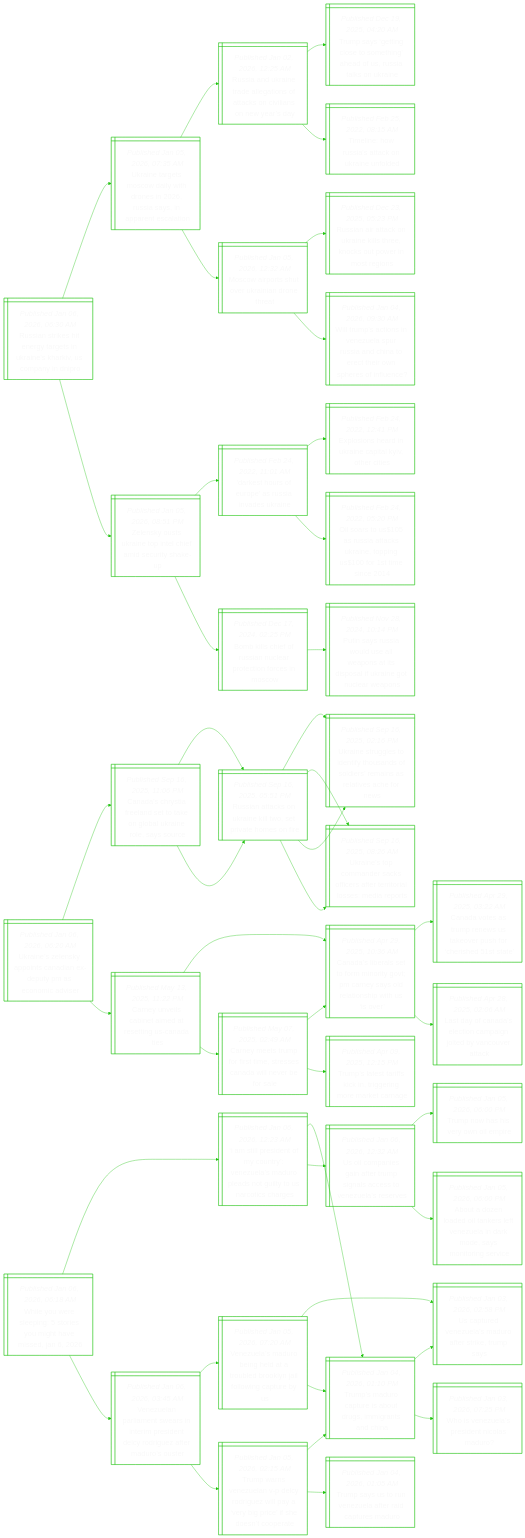
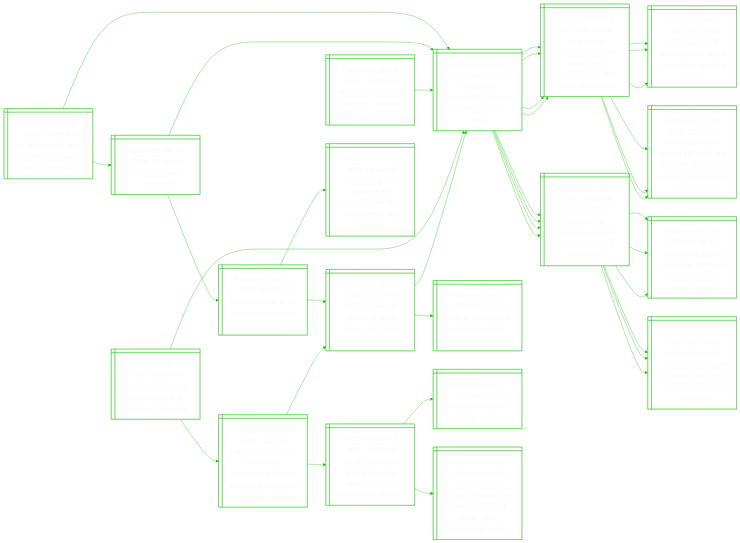
The diagram in README.md (notJmes/notJmes), drawn with Mermaid before and after one commit. The commit also changed other lines of this file, not shown here.

````diff
--- a/README.md
+++ b/README.md
@@ -16,97 +16,8 @@
 flowchart LR
 classDef txtsize font-size:20px;
 
-RaiirriaKioyi@{ shape: win-pane, label: "_Published Jan 06, 2026, 06:30 AM_
-Russian strikes hit energy targets in ukraine’s kharkiv, us company in dnipro" }
-Ungodwrisypnao@{ shape: win-pane, label: "_Published Jan 05, 2026, 07:35 AM_
-Ukraine targets moscow daily with drones in 2026, russia says, in apparent escalation" }
-Rakeegntsvner@{ shape: win-pane, label: "_Published Jan 02, 2026, 12:25 AM_
-Russia and ukraine trade allegations of attacks on civilians on new year’s day" }
-TsegemnaSikke@{ shape: win-pane, label: "_Published Dec 19, 2025, 04:20 AM_
-Trump says ‘getting close to something’ ahead of us, russia talks on ukraine" }
-Tiwitnifd@{ shape: win-pane, label: "_Published Feb 25, 2022, 08:15 AM_
-Timeline: how russia's attack on ukraine unfolded" }
-Mwoheanea@{ shape: win-pane, label: "_Published Jan 05, 2026, 12:32 AM_
-Moscow airports shut over ukrainian drone threat" }
-Raakrktksonrn@{ shape: win-pane, label: "_Published Dec 23, 2025, 05:23 PM_
-Russian air attack on ukraine kills three, knocks out power in most regions" }
-Wraneeusdaeenrie@{ shape: win-pane, label: "_Published Jan 04, 2026, 09:30 AM_
-Will trump’s actions in venezuela spur russia and china to erect their own spheres of influence?" }
-Zssrttiiusu@{ shape: win-pane, label: "_Published Jan 05, 2026, 08:51 PM_
-Zelensky ousts ukraine top intel chief amid security shake-up" }
-DsruasvUn@{ shape: win-pane, label: "_Published Feb 24, 2022, 11:01 AM_
-'darkest hours of europe' as russia invades ukraine" }
-Eshiaalocs@{ shape: win-pane, label: "_Published Feb 24, 2022, 12:41 PM_
-Explosions heard in ukraine capital kyiv, other cities" }
-OaUuakaogrmc@{ shape: win-pane, label: "_Published Feb 24, 2022, 05:20 PM_
-Oil soars to us$105 as russia attacks ukraine, topping us$100 for 1st time since 2014" }
-Bihficpcfss@{ shape: win-pane, label: "_Published Dec 17, 2024, 02:25 PM_
-Bomb kills chief of russian nuclear protection forces in moscow" }
-Psuwuloislrgcwn@{ shape: win-pane, label: "_Published Nov 28, 2024, 10:14 PM_
-Putin says russia would use all weapons at its disposal if ukraine got nuclear weapons" }
-
-RaiirriaKioyi:::txtsize --> Ungodwrisypnao:::txtsize
-Ungodwrisypnao:::txtsize --> Rakeegntsvner:::txtsize
-Rakeegntsvner:::txtsize --> TsegemnaSikke:::txtsize
-Rakeegntsvner:::txtsize --> Tiwitnifd:::txtsize
-Ungodwrisypnao:::txtsize --> Mwoheanea:::txtsize
-Mwoheanea:::txtsize --> Raakrktksonrn:::txtsize
-Mwoheanea:::txtsize --> Wraneeusdaeenrie:::txtsize
-RaiirriaKioyi:::txtsize --> Zssrttiiusu:::txtsize
-Zssrttiiusu:::txtsize --> DsruasvUn:::txtsize
-DsruasvUn:::txtsize --> Eshiaalocs:::txtsize
-DsruasvUn:::txtsize --> OaUuakaogrmc:::txtsize
-Zssrttiiusu:::txtsize --> Bihficpcfss:::txtsize
-Bihficpcfss:::txtsize --> Psuwuloislrgcwn:::txtsize
-
-UnlyiaaePcii@{ shape: win-pane, label: "_Published Jan 06, 2026, 06:20 AM_
-Ukraine’s zelensky appoints canadian ex-deputy pm as economic adviser" }
-CayFatklUnese@{ shape: win-pane, label: "_Published Sep 16, 2025, 11:06 PM_
-Canada’s chrystia freeland set to take on global ukraine role, says source" }
-Raanilsihoe@{ shape: win-pane, label: "_Published Sep 16, 2025, 05:51 PM_
-Russian attacks on ukraine kill two, set private homes on fire" }
-Unuseysodrnevhn@{ shape: win-pane, label: "_Published Sep 16, 2025, 02:16 PM_
-Ukraine struggles to identify thousands of soldiers’ remains as relatives ache for news" }
-UnpasoetrroMrt@{ shape: win-pane, label: "_Published Sep 16, 2025, 08:26 AM_
-Ukraine’s top commander sacks officers after territorial losses: media reports" }
-Raanilsihoe@{ shape: win-pane, label: "_Published Sep 16, 2025, 05:51 PM_
-Russian attacks on ukraine kill two, set private homes on fire" }
-Unuseysodrnevhn@{ shape: win-pane, label: "_Published Sep 16, 2025, 02:16 PM_
-Ukraine struggles to identify thousands of soldiers’ remains as relatives ache for news" }
-UnpasoetrroMrt@{ shape: win-pane, label: "_Published Sep 16, 2025, 08:26 AM_
-Ukraine’s top commander sacks officers after territorial losses: media reports" }
-Cyibaaegni@{ shape: win-pane, label: "_Published May 13, 2025, 11:22 PM_
-Carney unveils cabinet aimed at resetting us-canada ties" }
-Caesfittradthts@{ shape: win-pane, label: "_Published Apr 29, 2025, 10:36 AM_
-Canada’s liberals set to form minority govt; pm carney says old relationship with us ‘is over’" }
-CasunSourist@{ shape: win-pane, label: "_Published Apr 29, 2025, 03:22 AM_
-Canada votes as trump renews us takeover push for ‘cherished 51st state’" }
-LaastagtVut@{ shape: win-pane, label: "_Published Apr 28, 2025, 02:06 AM_
-Last day of canada’s election campaign jolted by vancouver attack" }
-Cyspiirsdlrr@{ shape: win-pane, label: "_Published May 07, 2025, 02:49 AM_
-Carney meets trump for first time, stresses canada will never be for sale" }
-Caesfittradthts@{ shape: win-pane, label: "_Published Apr 29, 2025, 10:36 AM_
-Canada’s liberals set to form minority govt; pm carney says old relationship with us ‘is over’" }
-Tssiitemacg@{ shape: win-pane, label: "_Published Apr 09, 2025, 12:15 PM_
-Trump’s latest tariffs kick in, triggering more market carnage" }
-
-UnlyiaaePcii:::txtsize --> CayFatklUnese:::txtsize
-CayFatklUnese:::txtsize --> Raanilsihoe:::txtsize
-Raanilsihoe:::txtsize --> Unuseysodrnevhn:::txtsize
-Raanilsihoe:::txtsize --> UnpasoetrroMrt:::txtsize
-CayFatklUnese:::txtsize --> Raanilsihoe:::txtsize
-Raanilsihoe:::txtsize --> Unuseysodrnevhn:::txtsize
-Raanilsihoe:::txtsize --> UnpasoetrroMrt:::txtsize
-UnlyiaaePcii:::txtsize --> Cyibaaegni:::txtsize
-Cyibaaegni:::txtsize --> Caesfittradthts:::txtsize
-Caesfittradthts:::txtsize --> CasunSourist:::txtsize
-Caesfittradthts:::txtsize --> LaastagtVut:::txtsize
-Cyibaaegni:::txtsize --> Cyspiirsdlrr:::txtsize
-Cyspiirsdlrr:::txtsize --> Caesfittradthts:::txtsize
-Cyspiirsdlrr:::txtsize --> Tssiitemacg:::txtsize
-
-WYresemhiJ@{ shape: win-pane, label: "_Published Jan 06, 2026, 06:18 AM_
-While you were sleeping: 5 stories you might have missed, jan 6, 2026" }
+Mojbsodnhp@{ shape: win-pane, label: "_Published Jan 06, 2026, 11:25 AM_
+Maduro case judge brings history of dealing with trump" }
 Iienytnldlniorcr@{ shape: win-pane, label: "_Published Jan 06, 2026, 12:23 AM_
 ‘i am still president of my country’: venezuela’s maduro pleads not guilty to us narcotics charges" }
 Tsrtstsgsh@{ shape: win-pane, label: "_Published Jan 04, 2026, 01:10 PM_
@@ -121,34 +32,105 @@
 Trump now has his very own oil empire" }
 Aanetrtziksoree@{ shape: win-pane, label: "_Published Jan 05, 2026, 06:00 PM_
 About a dozen loaded oil tankers left venezuela in dark mode, says monitoring service" }
-VuPasstpdeoutdor@{ shape: win-pane, label: "_Published Jan 06, 2026, 03:45 AM_
-Venezuelan parliament swears in interim president delcy rodriguez after maduro’s ouster" }
-VuMogaodkalnty@{ shape: win-pane, label: "_Published Jan 05, 2026, 07:20 AM_
-Venezuela’s maduro being held at a troubled brooklyn jail following capture by us" }
 UtVuMorkms@{ shape: win-pane, label: "_Published Jan 03, 2026, 02:58 PM_
 Us captured venezuela’s maduro after strike, trump says" }
-Tsrtstsgsh@{ shape: win-pane, label: "_Published Jan 04, 2026, 01:10 PM_
-Trump’s maduro capture is about drugs, immigrants and china" }
-TwVuVcrzpegeenpe@{ shape: win-pane, label: "_Published Jan 05, 2026, 02:15 AM_
-Trump warns venezuelan v-p delcy rodriguez will pay a ‘very big price’ if she doesn’t cooperate" }
-Tsrtstsgsh@{ shape: win-pane, label: "_Published Jan 04, 2026, 01:10 PM_
-Trump’s maduro capture is about drugs, immigrants and china" }
-TsSnzaraeu@{ shape: win-pane, label: "_Published Jan 04, 2026, 01:05 AM_
-Trump says us to run venezuela after raid captures maduro" }
+Vuoilranhibai@{ shape: win-pane, label: "_Published Oct 10, 2025, 05:02 PM_
+Venezuelan opposition leader maria corina machado wins 2025 nobel peace prize" }
+TsonoeroelS@{ shape: win-pane, label: "_Published Oct 01, 2025, 05:12 AM_
+Trump says not winning nobel peace prize would be ‘insult’ to us" }
+TssHaossaaorslaoe@{ shape: win-pane, label: "_Published Oct 09, 2025, 05:09 AM_
+Trump says israel, hamas agree on first phase of gaza deal, allowing release of all israeli hostages" }
+Toskftdasitgz@{ shape: win-pane, label: "_Published Dec 17, 2025, 08:34 AM_
+Trump orders blockade of sanctioned oil tankers leaving, entering venezuela" }
+Uistitktvlanf@{ shape: win-pane, label: "_Published Dec 16, 2025, 11:09 AM_
+Us military says it carried out strikes on three vessels in eastern pacific" }
+Uznenltrwtphoon@{ shape: win-pane, label: "_Published Dec 13, 2025, 11:10 AM_
+Us seized tanker near venezuela just as warrant was set to expire, shows court document" }
 
-WYresemhiJ:::txtsize --> Iienytnldlniorcr:::txtsize
+Mojbsodnhp:::txtsize --> Iienytnldlniorcr:::txtsize
 Iienytnldlniorcr:::txtsize --> Tsrtstsgsh:::txtsize
 Tsrtstsgsh:::txtsize --> UtVuMorkms:::txtsize
 Tsrtstsgsh:::txtsize --> WVuPdisr:::txtsize
 Iienytnldlniorcr:::txtsize --> Ucnatugasnlss:::txtsize
 Ucnatugasnlss:::txtsize --> Tnsenm:::txtsize
 Ucnatugasnlss:::txtsize --> Aanetrtziksoree:::txtsize
-WYresemhiJ:::txtsize --> VuPasstpdeoutdor:::txtsize
-VuPasstpdeoutdor:::txtsize --> VuMogaodkalnty:::txtsize
-VuMogaodkalnty:::txtsize --> UtVuMorkms:::txtsize
-VuMogaodkalnty:::txtsize --> Tsrtstsgsh:::txtsize
-VuPasstpdeoutdor:::txtsize --> TwVuVcrzpegeenpe:::txtsize
-TwVuVcrzpegeenpe:::txtsize --> Tsrtstsgsh:::txtsize
-TwVuVcrzpegeenpe:::txtsize --> TsSnzaraeu:::txtsize
+Mojbsodnhp:::txtsize --> UtVuMorkms:::txtsize
+UtVuMorkms:::txtsize --> Vuoilranhibai:::txtsize
+Vuoilranhibai:::txtsize --> TsonoeroelS:::txtsize
+Vuoilranhibai:::txtsize --> TssHaossaaorslaoe:::txtsize
+UtVuMorkms:::txtsize --> Toskftdasitgz:::txtsize
+Toskftdasitgz:::txtsize --> Uistitktvlanf:::txtsize
+Toskftdasitgz:::txtsize --> Uznenltrwtphoon:::txtsize
+
+Vuaraeraairs@{ shape: win-pane, label: "_Published Jan 06, 2026, 10:56 AM_
+Venezuela raid turns travellers’ caribbean getaways into ordeals" }
+UtVuMorkms@{ shape: win-pane, label: "_Published Jan 03, 2026, 02:58 PM_
+Us captured venezuela’s maduro after strike, trump says" }
+Vuoilranhibai@{ shape: win-pane, label: "_Published Oct 10, 2025, 05:02 PM_
+Venezuelan opposition leader maria corina machado wins 2025 nobel peace prize" }
+TsonoeroelS@{ shape: win-pane, label: "_Published Oct 01, 2025, 05:12 AM_
+Trump says not winning nobel peace prize would be ‘insult’ to us" }
+TssHaossaaorslaoe@{ shape: win-pane, label: "_Published Oct 09, 2025, 05:09 AM_
+Trump says israel, hamas agree on first phase of gaza deal, allowing release of all israeli hostages" }
+Toskftdasitgz@{ shape: win-pane, label: "_Published Dec 17, 2025, 08:34 AM_
+Trump orders blockade of sanctioned oil tankers leaving, entering venezuela" }
+Uistitktvlanf@{ shape: win-pane, label: "_Published Dec 16, 2025, 11:09 AM_
+Us military says it carried out strikes on three vessels in eastern pacific" }
+Uznenltrwtphoon@{ shape: win-pane, label: "_Published Dec 13, 2025, 11:10 AM_
+Us seized tanker near venezuela just as warrant was set to expire, shows court document" }
+
+Vuaraeraairs:::txtsize --> UtVuMorkms:::txtsize
+UtVuMorkms:::txtsize --> Vuoilranhibai:::txtsize
+Vuoilranhibai:::txtsize --> TsonoeroelS:::txtsize
+Vuoilranhibai:::txtsize --> TssHaossaaorslaoe:::txtsize
+UtVuMorkms:::txtsize --> Toskftdasitgz:::txtsize
+Toskftdasitgz:::txtsize --> Uistitktvlanf:::txtsize
+Toskftdasitgz:::txtsize --> Uznenltrwtphoon:::txtsize
+
+Uuasoersnl@{ shape: win-pane, label: "_Published Jan 06, 2026, 10:35 AM_
+Us republicans insist no ‘endless war’ looms in venezuela" }
+Tnnea@{ shape: win-pane, label: "_Published Jan 04, 2026, 02:30 PM_
+Trump now owns venezuela" }
+UtVuMorkms@{ shape: win-pane, label: "_Published Jan 03, 2026, 02:58 PM_
+Us captured venezuela’s maduro after strike, trump says" }
+Vuoilranhibai@{ shape: win-pane, label: "_Published Oct 10, 2025, 05:02 PM_
+Venezuelan opposition leader maria corina machado wins 2025 nobel peace prize" }
+Toskftdasitgz@{ shape: win-pane, label: "_Published Dec 17, 2025, 08:34 AM_
+Trump orders blockade of sanctioned oil tankers leaving, entering venezuela" }
+TsSnzaraeu@{ shape: win-pane, label: "_Published Jan 04, 2026, 01:05 AM_
+Trump says us to run venezuela after raid captures maduro" }
+Usrrfrreiscrs@{ shape: win-pane, label: "_Published Jan 01, 2026, 06:44 AM_
+Us coast guard searches for survivors after strike on suspected drug vessels" }
+Tsrtstsgsh@{ shape: win-pane, label: "_Published Jan 04, 2026, 01:10 PM_
+Trump’s maduro capture is about drugs, immigrants and china" }
+UtVuMorkms@{ shape: win-pane, label: "_Published Jan 03, 2026, 02:58 PM_
+Us captured venezuela’s maduro after strike, trump says" }
+Vuoilranhibai@{ shape: win-pane, label: "_Published Oct 10, 2025, 05:02 PM_
+Venezuelan opposition leader maria corina machado wins 2025 nobel peace prize" }
+TsonoeroelS@{ shape: win-pane, label: "_Published Oct 01, 2025, 05:12 AM_
+Trump says not winning nobel peace prize would be ‘insult’ to us" }
+TssHaossaaorslaoe@{ shape: win-pane, label: "_Published Oct 09, 2025, 05:09 AM_
+Trump says israel, hamas agree on first phase of gaza deal, allowing release of all israeli hostages" }
+Toskftdasitgz@{ shape: win-pane, label: "_Published Dec 17, 2025, 08:34 AM_
+Trump orders blockade of sanctioned oil tankers leaving, entering venezuela" }
+Uistitktvlanf@{ shape: win-pane, label: "_Published Dec 16, 2025, 11:09 AM_
+Us military says it carried out strikes on three vessels in eastern pacific" }
+Uznenltrwtphoon@{ shape: win-pane, label: "_Published Dec 13, 2025, 11:10 AM_
+Us seized tanker near venezuela just as warrant was set to expire, shows court document" }
+
+Uuasoersnl:::txtsize --> Tnnea:::txtsize
+Tnnea:::txtsize --> UtVuMorkms:::txtsize
+UtVuMorkms:::txtsize --> Vuoilranhibai:::txtsize
+UtVuMorkms:::txtsize --> Toskftdasitgz:::txtsize
+Tnnea:::txtsize --> TsSnzaraeu:::txtsize
+TsSnzaraeu:::txtsize --> Usrrfrreiscrs:::txtsize
+TsSnzaraeu:::txtsize --> Tsrtstsgsh:::txtsize
+Uuasoersnl:::txtsize --> UtVuMorkms:::txtsize
+UtVuMorkms:::txtsize --> Vuoilranhibai:::txtsize
+Vuoilranhibai:::txtsize --> TsonoeroelS:::txtsize
+Vuoilranhibai:::txtsize --> TssHaossaaorslaoe:::txtsize
+UtVuMorkms:::txtsize --> Toskftdasitgz:::txtsize
+Toskftdasitgz:::txtsize --> Uistitktvlanf:::txtsize
+Toskftdasitgz:::txtsize --> Uznenltrwtphoon:::txtsize
 
 ```
````
